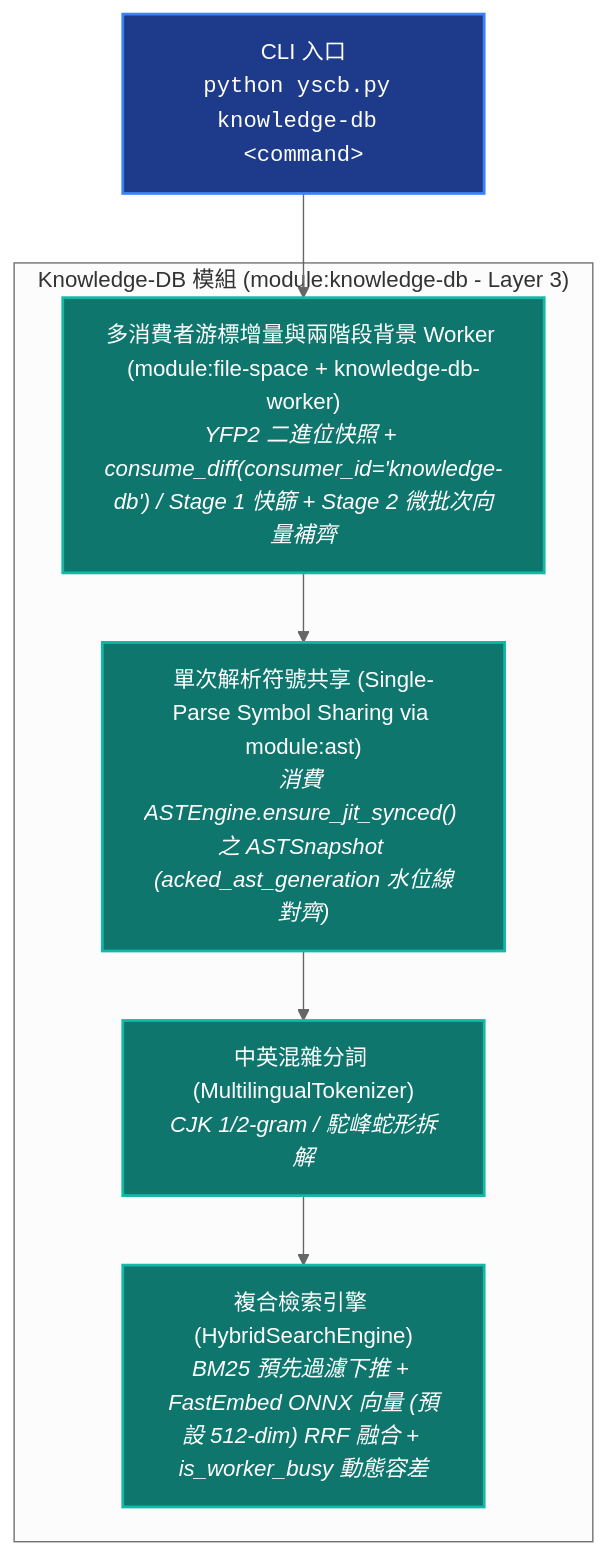
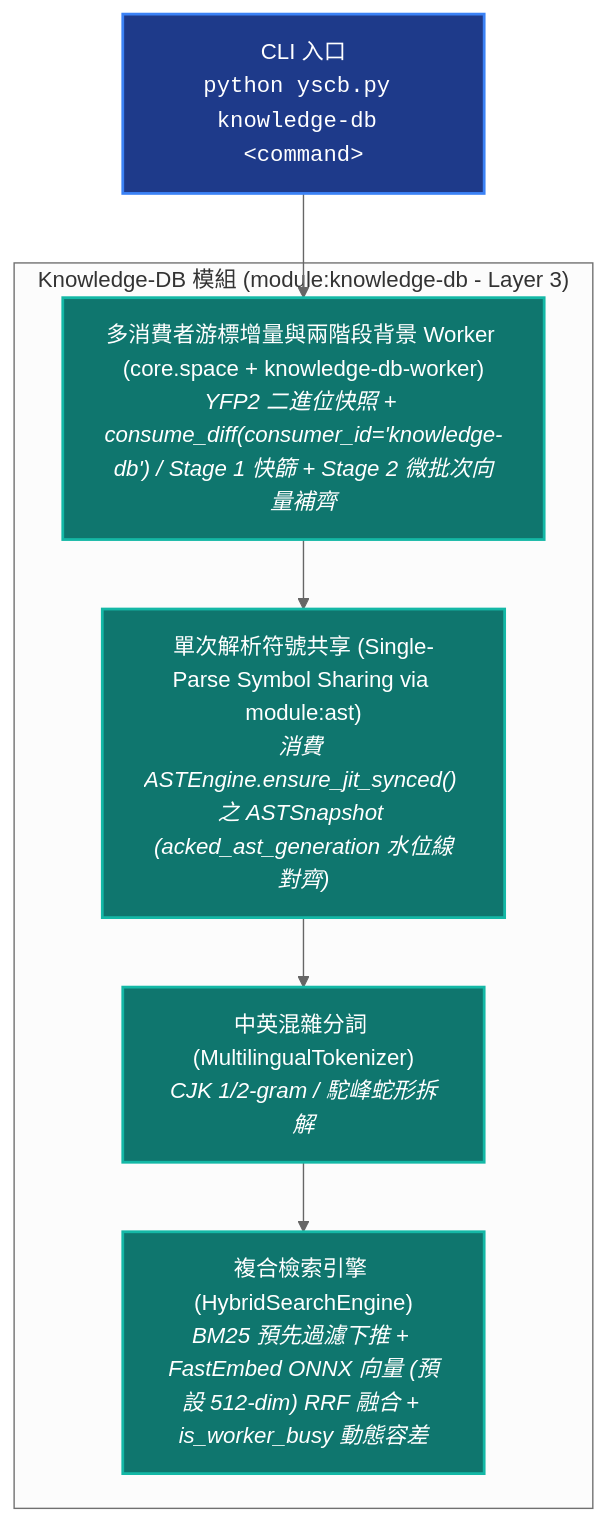
The diagram in ys_codebase/source/knowledge-db/README.md (ysnaive/ys-codebase), drawn with Mermaid (neutral theme) before and after one commit. The commit also changed other lines of this file and 98 other files, not shown here.

Commit message:
wip(space): migrate ecosystem modules to core.space Mode A and convert file-space to deprecation shell

````diff
--- a/ys_codebase/source/knowledge-db/README.md
+++ b/ys_codebase/source/knowledge-db/README.md
@@ -41,19 +41,19 @@
 ```mermaid
 graph TD
     classDef main fill:#1e3a8a,stroke:#3b82f6,stroke-width:2px,color:#fff;
     classDef sub fill:#0f766e,stroke:#14b8a6,stroke-width:2px,color:#fff;
 
     CLI["CLI 入口<br/><code>python yscb.py knowledge-db &lt;command&gt;</code>"]:::main
 
     subgraph KnowledgeDBModule ["Knowledge-DB 模組 (module:knowledge-db - Layer 3)"]
-        Scanner["多消費者游標增量與兩階段背景 Worker (module:file-space + knowledge-db-worker)<br/><i>YFP2 二進位快照 + consume_diff(consumer_id='knowledge-db') / Stage 1 快篩 + Stage 2 微批次向量補齊</i>"]:::sub
+        Scanner["多消費者游標增量與兩階段背景 Worker (core.space + knowledge-db-worker)<br/><i>YFP2 二進位快照 + consume_diff(consumer_id='knowledge-db') / Stage 1 快篩 + Stage 2 微批次向量補齊</i>"]:::sub
         ASTConsumer["單次解析符號共享 (Single-Parse Symbol Sharing via module:ast)<br/><i>消費 ASTEngine.ensure_jit_synced() 之 ASTSnapshot (acked_ast_generation 水位線對齊)</i>"]:::sub
         Tokenizer["中英混雜分詞 (MultilingualTokenizer)<br/><i>CJK 1/2-gram / 駝峰蛇形拆解</i>"]:::sub
         Retrieval["複合檢索引擎 (HybridSearchEngine)<br/><i>BM25 預先過濾下推 + FastEmbed ONNX 向量 (預設 512-dim) RRF 融合 + is_worker_busy 動態容差</i>"]:::sub
     end
 
     CLI --> Scanner
     Scanner --> ASTConsumer
     ASTConsumer --> Tokenizer
     Tokenizer --> Retrieval
 ```
````
